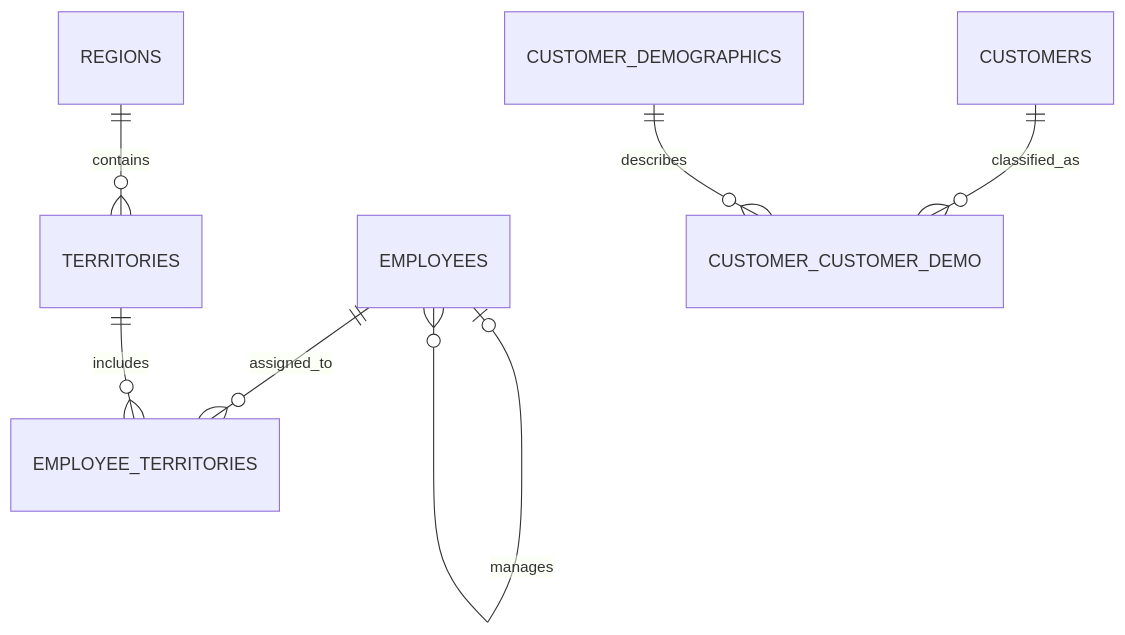
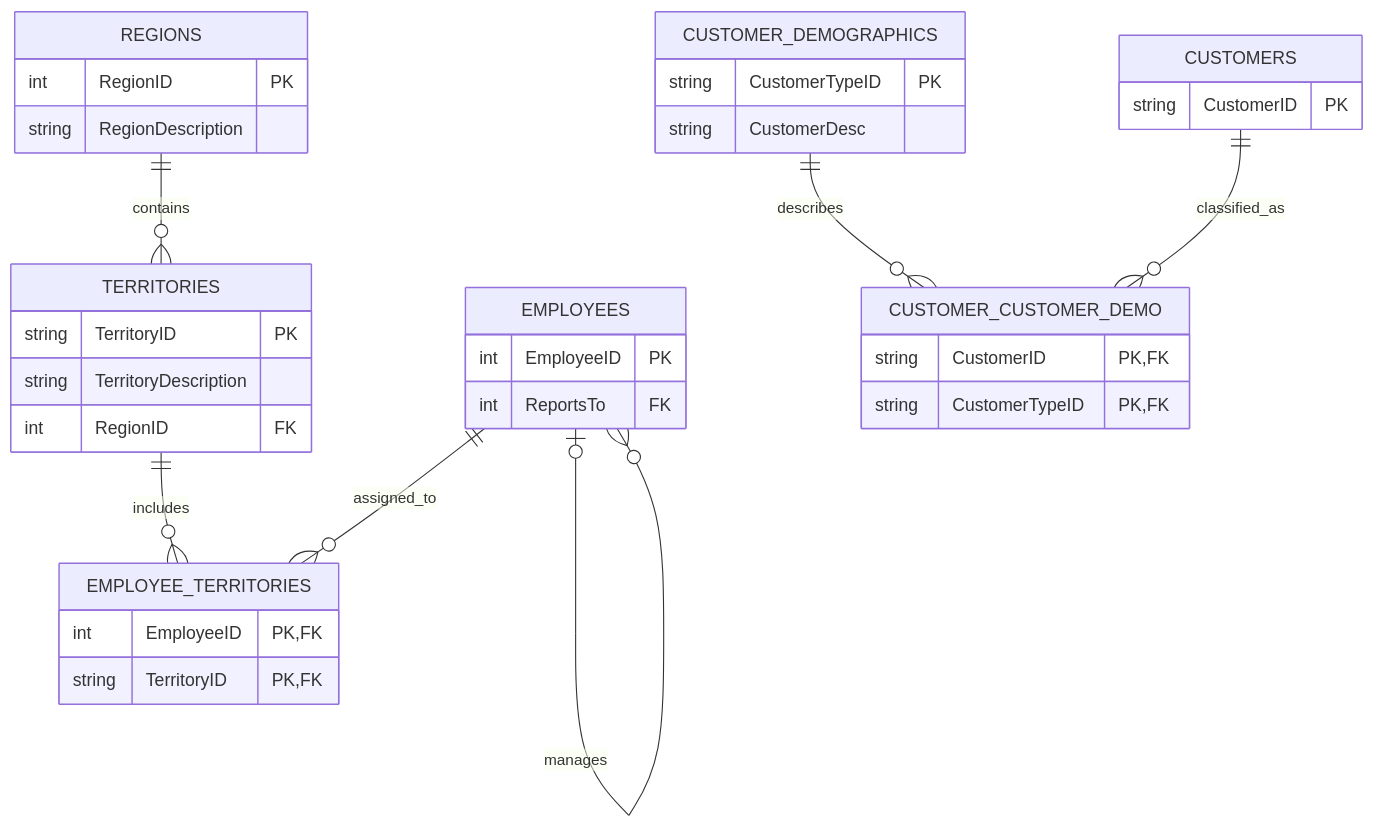
The second of 2 diagrams in docs/source_erd.md (josecarpalaciosr/northwind-sales-etl-pipeline), drawn with Mermaid before and after one commit. The commit also changed other lines of this file, not shown here.

Commit message:
docs: align source ERD with extraction fields

````diff
--- a/docs/source_erd.md
+++ b/docs/source_erd.md
@@ -81,9 +81,45 @@
 ```mermaid
 erDiagram
+    REGIONS ||--o{ TERRITORIES : contains
+    TERRITORIES ||--o{ EMPLOYEE_TERRITORIES : includes
+    EMPLOYEES ||--o{ EMPLOYEE_TERRITORIES : assigned_to
     EMPLOYEES o|--o{ EMPLOYEES : manages
-    EMPLOYEES ||--o{ EMPLOYEE_TERRITORIES : assigned_to
-    TERRITORIES ||--o{ EMPLOYEE_TERRITORIES : includes
-    REGIONS ||--o{ TERRITORIES : contains
+
+    CUSTOMER_DEMOGRAPHICS ||--o{ CUSTOMER_CUSTOMER_DEMO : describes
     CUSTOMERS ||--o{ CUSTOMER_CUSTOMER_DEMO : classified_as
-    CUSTOMER_DEMOGRAPHICS ||--o{ CUSTOMER_CUSTOMER_DEMO : describes
+
+    REGIONS {
+        int RegionID PK
+        string RegionDescription
+    }
+
+    TERRITORIES {
+        string TerritoryID PK
+        string TerritoryDescription
+        int RegionID FK
+    }
+
+    EMPLOYEES {
+        int EmployeeID PK
+        int ReportsTo FK
+    }
+
+    EMPLOYEE_TERRITORIES {
+        int EmployeeID PK, FK
+        string TerritoryID PK, FK
+    }
+
+    CUSTOMER_DEMOGRAPHICS {
+        string CustomerTypeID PK
+        string CustomerDesc
+    }
+
+    CUSTOMERS {
+        string CustomerID PK
+    }
+
+    CUSTOMER_CUSTOMER_DEMO {
+        string CustomerID PK, FK
+        string CustomerTypeID PK, FK
+    }
 ```
````
